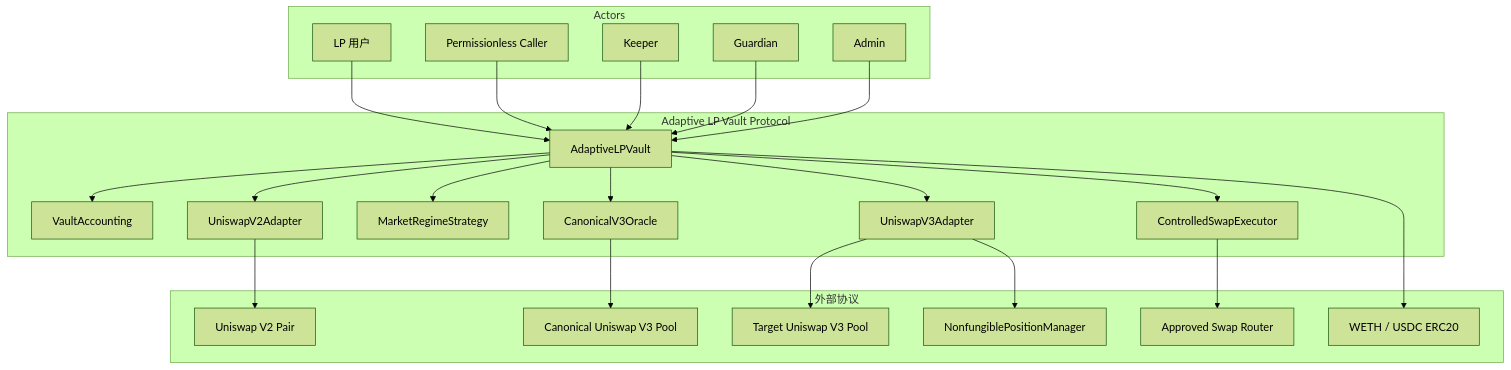
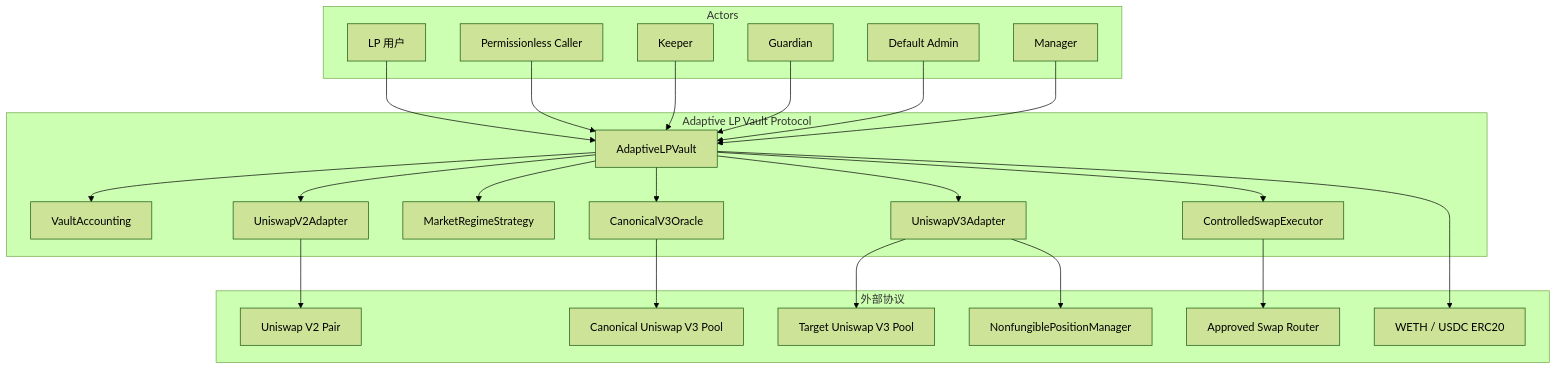
The first of 9 diagrams in ARCHITECTURE.md (GGHansome/Adaptive-LP-Vault), drawn with Mermaid (forest theme) before and after one commit. The commit also changed other lines of this file and 3 other files, not shown here.

````diff
--- a/ARCHITECTURE.md
+++ b/ARCHITECTURE.md
@@ -24,47 +24,49 @@
 ```mermaid
 flowchart TB
     subgraph Actors
         LP[LP 用户]
         Caller[Permissionless Caller]
         Keeper[Keeper]
         Guardian[Guardian]
-        Admin[Admin]
+        DefaultAdmin[Default Admin]
+        Manager[Manager]
     end
 
     subgraph Protocol[Adaptive LP Vault Protocol]
         Vault[AdaptiveLPVault]
         Accounting[VaultAccounting]
         Oracle[CanonicalV3Oracle]
         Strategy[MarketRegimeStrategy]
         Swap[ControlledSwapExecutor]
         V2Adapter[UniswapV2Adapter]
         V3Adapter[UniswapV3Adapter]
     end
 
     subgraph External[外部协议]
         V2Pair[Uniswap V2 Pair]
         V3Pool[Canonical Uniswap V3 Pool]
         V3Venue[Target Uniswap V3 Pool]
         PositionManager[NonfungiblePositionManager]
         Router[Approved Swap Router]
         ERC20[WETH / USDC ERC20]
     end
 
     LP --> Vault
     Caller --> Vault
     Keeper --> Vault
     Guardian --> Vault
-    Admin --> Vault
+    DefaultAdmin --> Vault
+    Manager --> Vault
     Vault --> Accounting
     Vault --> Oracle
     Vault --> Strategy
     Vault --> Swap
     Vault --> V2Adapter
     Vault --> V3Adapter
     V2Adapter --> V2Pair
     V3Adapter --> V3Venue
     V3Adapter --> PositionManager
     Oracle --> V3Pool
     Swap --> Router
     Vault --> ERC20
 ```
````
